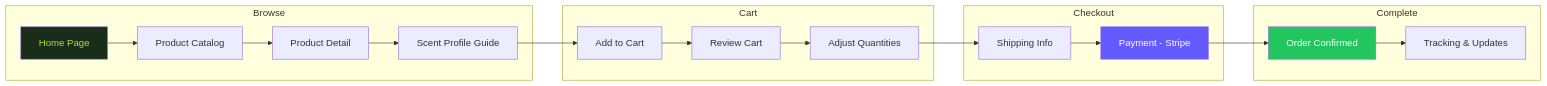
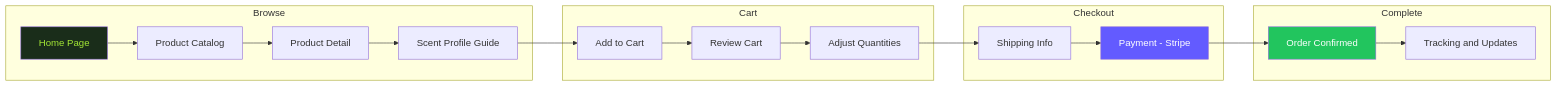
One commit to mulkymalikuldhrs/narae changed the first of 3 diagrams in README.md. Above: the diagram before and after it, drawn with Mermaid. The commit also changed other lines of this file and 1 other file, not shown here.

Commit message:
🎨 Upgrade: banner image + fixed Mermaid + animations + flow diagrams

````diff
--- a/README.md
+++ b/README.md
@@ -110,28 +35,28 @@
 ```mermaid
 flowchart LR
-    subgraph "Browse"
+    subgraph Browse["Browse"]
         A["Home Page"] --> B["Product Catalog"]
         B --> C["Product Detail"]
         C --> D["Scent Profile Guide"]
     end
 
-    subgraph "Cart"
+    subgraph Cart["Cart"]
         D --> E["Add to Cart"]
         E --> F["Review Cart"]
         F --> G["Adjust Quantities"]
     end
 
-    subgraph "Checkout"
+    subgraph Checkout["Checkout"]
         G --> H["Shipping Info"]
         H --> I["Payment - Stripe"]
     end
 
-    subgraph "Complete"
+    subgraph Complete["Complete"]
         I --> J["Order Confirmed"]
-        J --> K["Tracking & Updates"]
+        J --> K["Tracking and Updates"]
     end
 
     style A fill:#1a2d1a,color:#a3e635
     style I fill:#635bff,color:#fff
     style J fill:#22c55e,color:#fff
 ```
````
